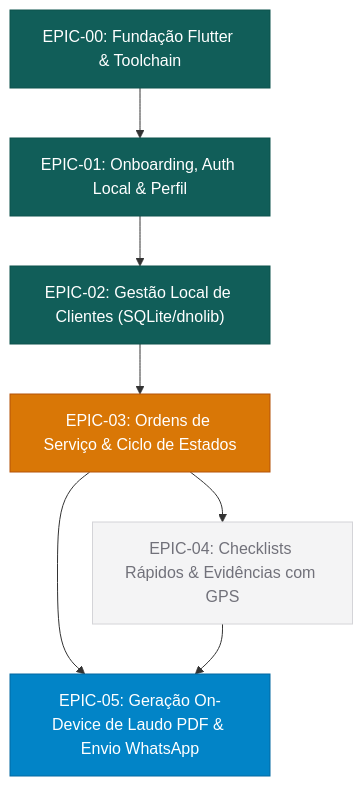
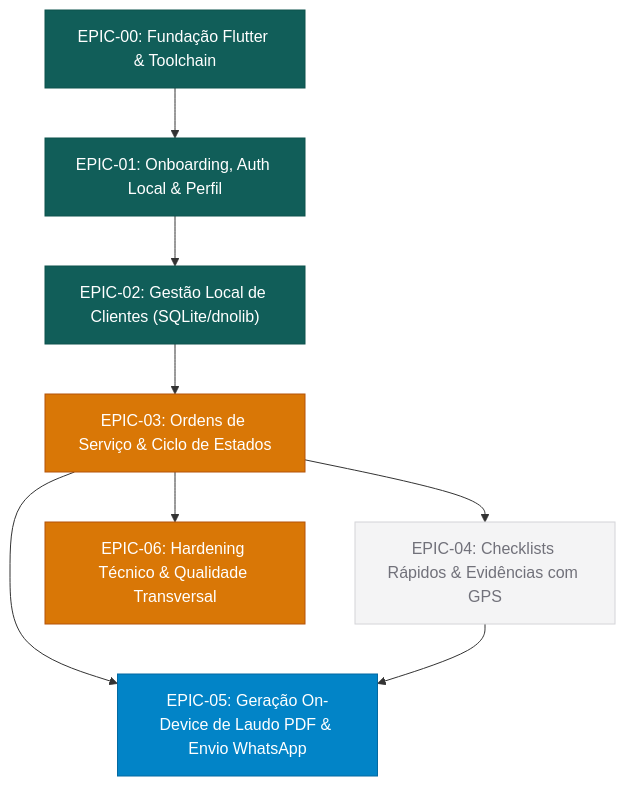
One commit to DenersonNobre/ServiceTrack changed the diagram in docs/plan/README.md. Above: the diagram before and after it, drawn with Mermaid. The commit also changed other lines of this file and 3 other files, not shown here.

````diff
--- a/docs/plan/README.md
+++ b/docs/plan/README.md
@@ -25,21 +26,23 @@
 ```mermaid
 graph TD
     classDef foundation fill:#115E59,stroke:#0D524D,color:#fff;
     classDef core fill:#0284C7,stroke:#0369A1,color:#fff;
     classDef ready fill:#D97706,stroke:#B45309,color:#fff;
     classDef blocked fill:#F4F4F5,stroke:#D4D4D8,color:#71717A;
 
     EPIC00["EPIC-00: Fundação Flutter & Toolchain"]:::foundation
     EPIC01["EPIC-01: Onboarding, Auth Local & Perfil"]:::foundation
     EPIC02["EPIC-02: Gestão Local de Clientes (SQLite/dnolib)"]:::foundation
     EPIC03["EPIC-03: Ordens de Serviço & Ciclo de Estados"]:::ready
     EPIC04["EPIC-04: Checklists Rápidos & Evidências com GPS"]:::blocked
     EPIC05["EPIC-05: Geração On-Device de Laudo PDF & Envio WhatsApp"]:::core
+    EPIC06["EPIC-06: Hardening Técnico & Qualidade Transversal"]:::ready
 
     EPIC00 --> EPIC01
     EPIC01 --> EPIC02
     EPIC02 --> EPIC03
     EPIC03 --> EPIC04
     EPIC03 --> EPIC05
     EPIC04 --> EPIC05
+    EPIC03 --> EPIC06
 ```
````
